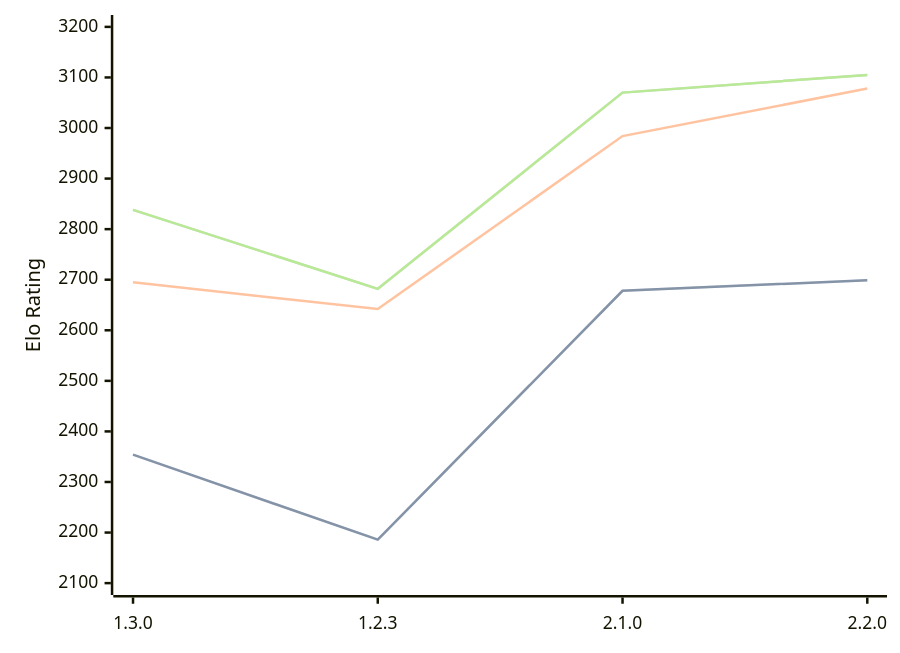
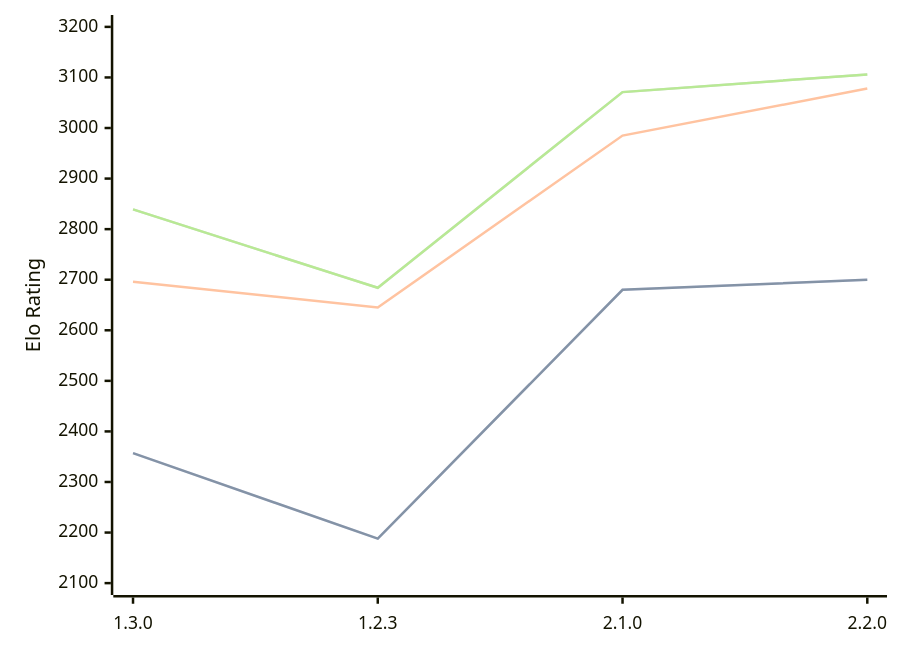
Before and after one commit to computer-chess-index/cci: the diagram in engines/Aspen.md, drawn with Mermaid. The commit also changed other lines of this file, not shown here.

Commit message:
Update CCI Ratings (ELO VLTC) - 2026-08-22

````diff
--- a/engines/Aspen.md
+++ b/engines/Aspen.md
@@ -43,11 +43,11 @@
 ```mermaid
 %%{init: {"theme":"base","themeVariables":{"seriesColors:['#a3a3a3','#222221','#faa371']}}}%%
 xychart-beta
   x-axis ["1.3.0", "1.2.3", "2.1.0", "2.2.0"]
   y-axis "Elo Rating" 2100 --> 3200
-  line "STC (8.0+0.08s)" [2354, 2186, 2678, 2699]
-  line "STC (8.0+0.08s)" [2354, 2186, 2678, 2699]
-  line "LTC (60.0+0.60s)" [2695, 2642, 2984, 3078]
-  line "VLTC (2m24s+1.12s)" [2838, 2682, 3070, 3105]
-  line "VLTC (2m24s+1.12s)" [2838, 2682, 3070, 3105]
+  line "STC (8.0+0.08s)" [2357, 2188, 2680, 2700]
+  line "STC (8.0+0.08s)" [2357, 2188, 2680, 2700]
+  line "LTC (60.0+0.60s)" [2696, 2645, 2985, 3078]
+  line "VLTC (2m24s+1.12s)" [2839, 2684, 3071, 3106]
+  line "VLTC (2m24s+1.12s)" [2839, 2684, 3071, 3106]
 ```
````
